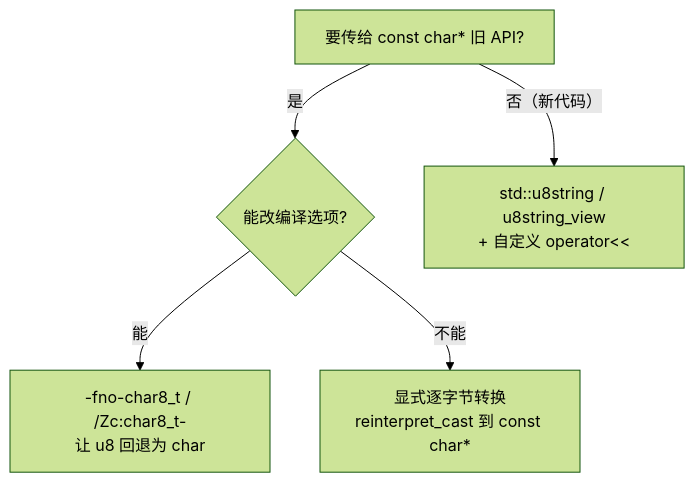
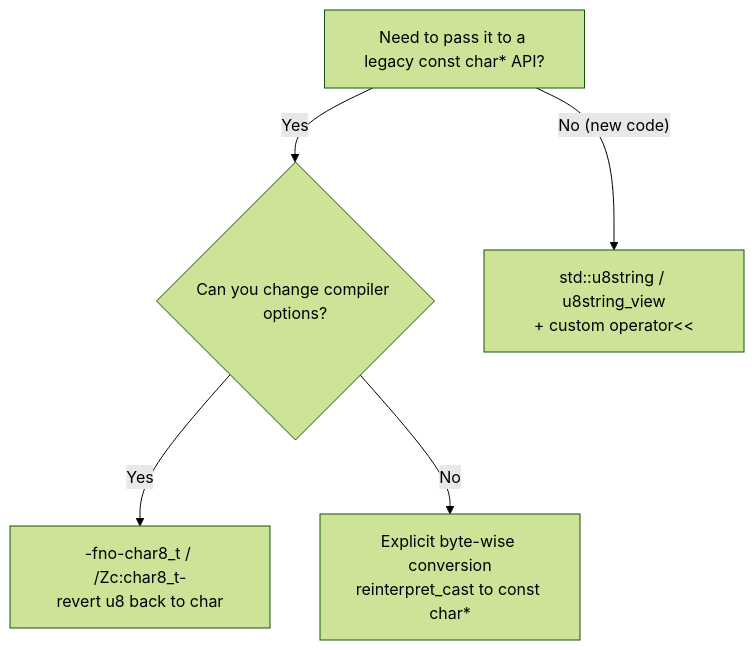
One commit to Awesome-Embedded-Learning-Studio/Tutorial_AwesomeModernCPP changed the diagram in documents/en/vol3-standard-library/strings/30-char8-t-utf8.md. Above: the diagram before and after it, drawn with Mermaid (forest theme). The commit also changed other lines of this file and 605 other files, not shown here.

````diff
--- a/documents/en/vol3-standard-library/strings/30-char8-t-utf8.md
+++ b/documents/en/vol3-standard-library/strings/30-char8-t-utf8.md
@@ -52,7 +52,7 @@
 ```mermaid
 flowchart TD
-    Q["要传给 const char* 旧 API?"] -- "是" --> OPT1{"能改编译选项?"}
-    OPT1 -- "能" --> A["-fno-char8_t / /Zc:char8_t-<br/>让 u8 回退为 char"]
-    OPT1 -- "不能" --> B["显式逐字节转换<br/>reinterpret_cast 到 const char*"]
-    Q -- "否（新代码）" --> C["std::u8string / u8string_view<br/>+ 自定义 operator<<"]
+    Q["Need to pass it to a legacy const char* API?"] -- "Yes" --> OPT1{"Can you change compiler options?"}
+    OPT1 -- "Yes" --> A["-fno-char8_t / /Zc:char8_t-<br/>revert u8 back to char"]
+    OPT1 -- "No" --> B["Explicit byte-wise conversion<br/>reinterpret_cast to const char*"]
+    Q -- "No (new code)" --> C["std::u8string / u8string_view<br/>+ custom operator<<"]
 ```
````
